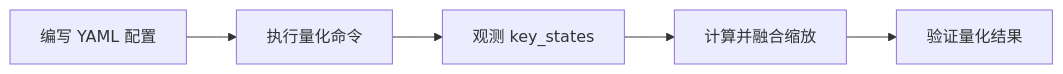
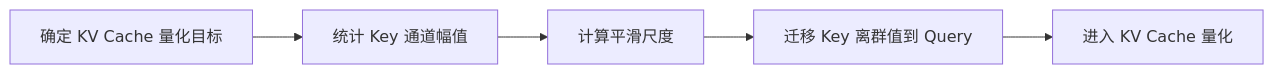
One commit to mindstudio-docs/master changed the diagram in msmodelslim/docs/zh/knowledge_base/quantization_algorithms/kv_smooth/usage_kv_smooth.md. Above: the diagram before and after it, drawn with Mermaid. The commit also changed other lines of this file and 73 other files, not shown here.

````diff
--- a/msmodelslim/docs/zh/knowledge_base/quantization_algorithms/kv_smooth/usage_kv_smooth.md
+++ b/msmodelslim/docs/zh/knowledge_base/quantization_algorithms/kv_smooth/usage_kv_smooth.md
@@ -42,7 +24,7 @@
 ```mermaid
 flowchart LR
-    A[编写 YAML 配置] --> B[执行量化命令]
-    B --> C[观测 key_states]
-    C --> D[计算并融合缩放]
-    D --> E[验证量化结果]
+    A[确定 KV Cache 量化目标] --> B[统计 Key 通道幅值]
+    B[统计 Key 通道幅值] --> C[计算平滑尺度]
+    C[计算平滑尺度] --> D[迁移 Key 离群值到 Query]
+    D[迁移 Key 离群值到 Query] --> E[进入 KV Cache 量化]
 ```
````
